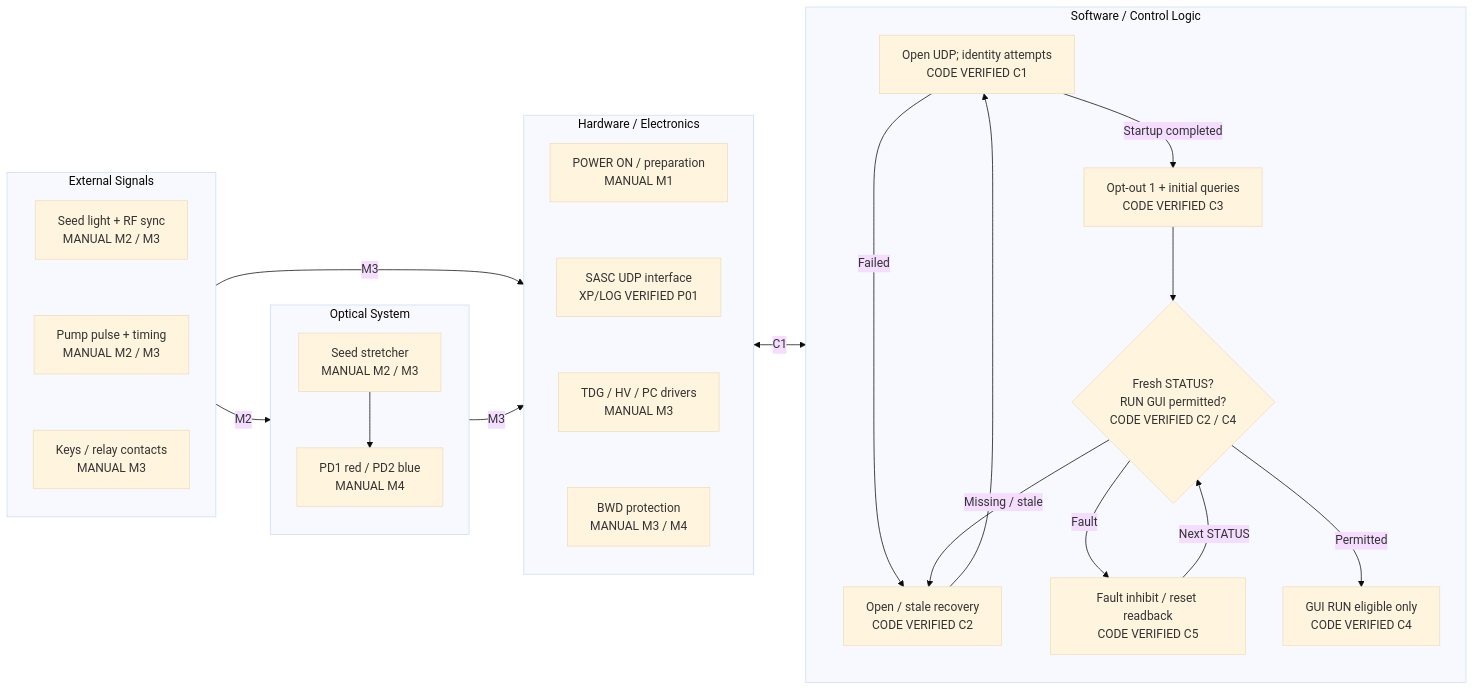
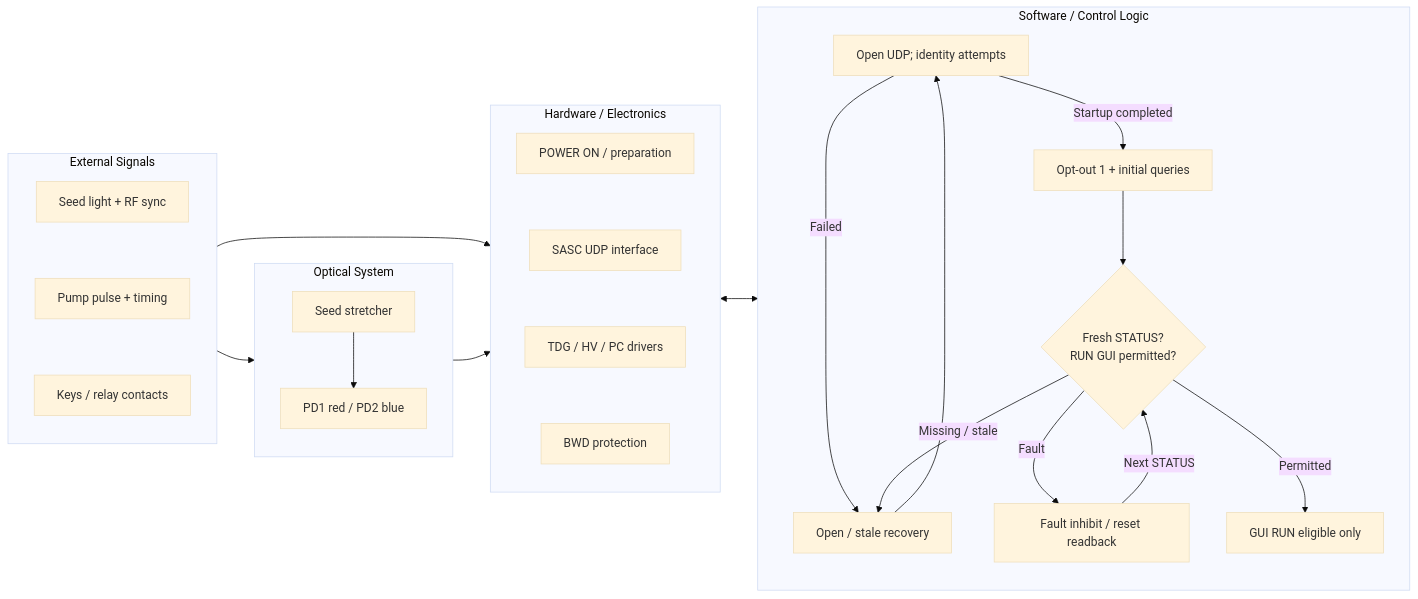
The first of 3 diagrams in docs/spitfire_control_flow/01_main_operation.md (El-Carretero/PY_SPF), drawn with Mermaid (base theme) before and after one commit. The commit also changed other lines of this file and 150 other files, not shown here.

Commit message:
docs: simplify control diagrams and publish matching Korean edition

````diff
--- a/docs/spitfire_control_flow/01_main_operation.md
+++ b/docs/spitfire_control_flow/01_main_operation.md
@@ -31,46 +34,46 @@
 ```mermaid
 %% caption: Figure 1A. Integrated startup and readiness. GUI RUN eligibility is not hardware-ready or emission proof.
 %% layout: landscape
 flowchart LR
   subgraph EX["External Signals"]
     direction TB
-    ES["Seed light + RF sync<br/>MANUAL M2 / M3"]
-    EP["Pump pulse + timing<br/>MANUAL M2 / M3"]
-    EK["Keys / relay contacts<br/>MANUAL M3"]
+    ES["Seed light + RF sync"]
+    EP["Pump pulse + timing"]
+    EK["Keys / relay contacts"]
     ES ~~~ EP ~~~ EK
   end
   subgraph HW["Hardware / Electronics"]
     direction TB
-    HP["POWER ON / preparation<br/>MANUAL M1"]
-    HB["SASC UDP interface<br/>XP/LOG VERIFIED P01"]
-    HD["TDG / HV / PC drivers<br/>MANUAL M3"]
-    BW["BWD protection<br/>MANUAL M3 / M4"]
+    HP["POWER ON / preparation"]
+    HB["SASC UDP interface"]
+    HD["TDG / HV / PC drivers"]
+    BW["BWD protection"]
     HP ~~~ HB ~~~ HD ~~~ BW
   end
   subgraph SW["Software / Control Logic"]
     direction TB
-    S0["Open UDP; identity attempts<br/>CODE VERIFIED C1"]
-    S2["Opt-out 1 + initial queries<br/>CODE VERIFIED C3"]
-    S3{"Fresh STATUS?<br/>RUN GUI permitted?<br/>CODE VERIFIED C2 / C4"}
-    SF["Open / stale recovery<br/>CODE VERIFIED C2"]
-    SX["Fault inhibit / reset readback<br/>CODE VERIFIED C5"]
-    SR["GUI RUN eligible only<br/>CODE VERIFIED C4"]
+    S0["Open UDP; identity attempts"]
+    S2["Opt-out 1 + initial queries"]
+    S3{"Fresh STATUS?<br/>RUN GUI permitted?"}
+    SF["Open / stale recovery"]
+    SX["Fault inhibit / reset readback"]
+    SR["GUI RUN eligible only"]
     S0 -->|"Startup completed"| S2 --> S3
     S0 -->|"Failed"| SF
     S3 -->|"Missing / stale"| SF
     SF --> S0
     S3 -->|"Fault"| SX
     SX -->|"Next STATUS"| S3
     S3 -->|"Permitted"| SR
   end
   subgraph OP["Optical System"]
     direction TB
-    OS["Seed stretcher<br/>MANUAL M2 / M3"]
-    PD["PD1 red / PD2 blue<br/>MANUAL M4"]
+    OS["Seed stretcher"]
+    PD["PD1 red / PD2 blue"]
     OS --> PD
   end
-  EX -->|"M2"| OP
-  EX -->|"M3"| HW
-  OP -->|"M3"| HW
-  HW <-->|"C1"| SW
+  EX --> OP
+  EX --> HW
+  OP --> HW
+  HW <--> SW
 ```
````
